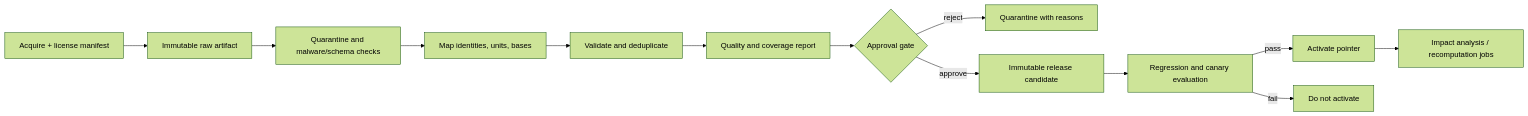
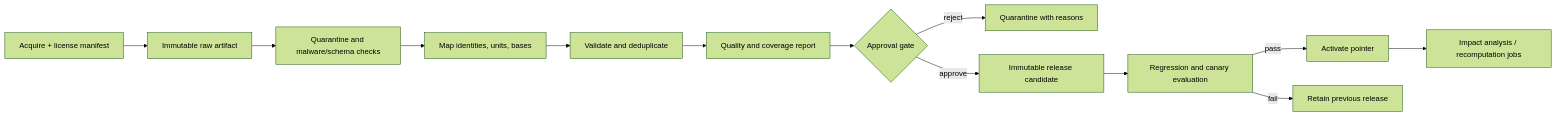
Before and after one commit to shari-ar/Nutrixx: the diagram in docs/data/publication-and-quality.md, drawn with Mermaid (forest theme). The commit also changed other lines of this file and 56 other files, not shown here.

````diff
--- a/docs/data/publication-and-quality.md
+++ b/docs/data/publication-and-quality.md
@@ -12,15 +12,15 @@
 ```mermaid
 flowchart LR
     A[Acquire + license manifest] --> B[Immutable raw artifact]
     B --> C[Quarantine and malware/schema checks]
     C --> D[Map identities, units, bases]
     D --> E[Validate and deduplicate]
     E --> F[Quality and coverage report]
     F --> G{Approval gate}
     G -->|reject| Q[Quarantine with reasons]
     G -->|approve| H[Immutable release candidate]
     H --> I[Regression and canary evaluation]
     I -->|pass| J[Activate pointer]
-    I -->|fail| K[Do not activate]
+    I -->|fail| K[Retain previous release]
     J --> L[Impact analysis / recomputation jobs]
 ```
````
